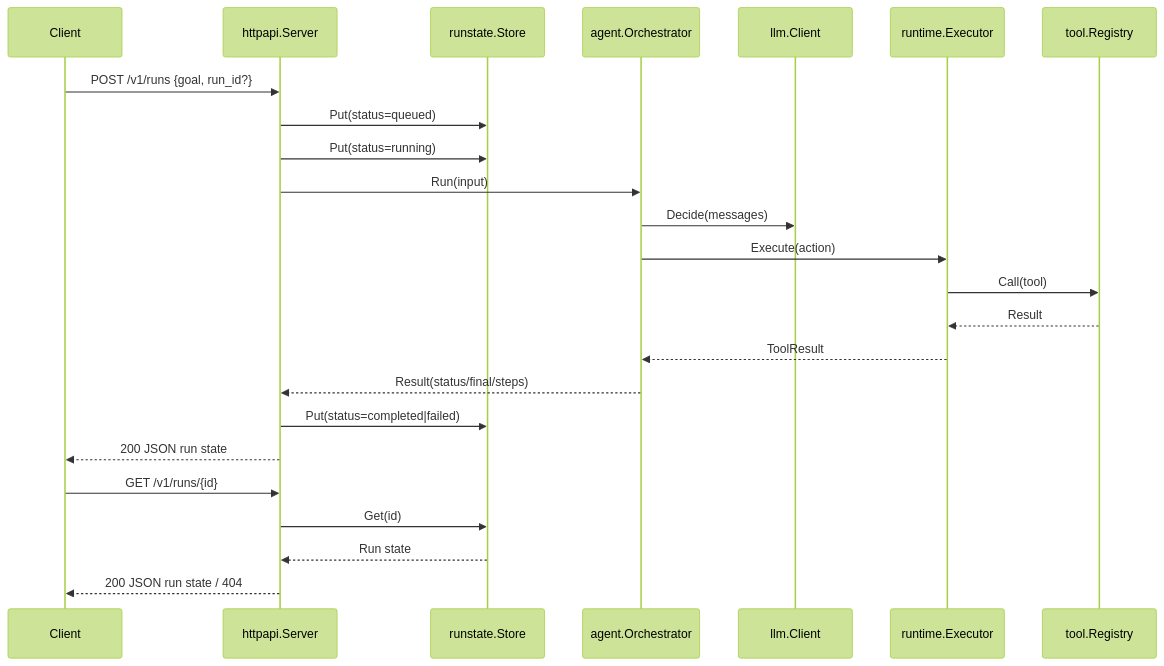
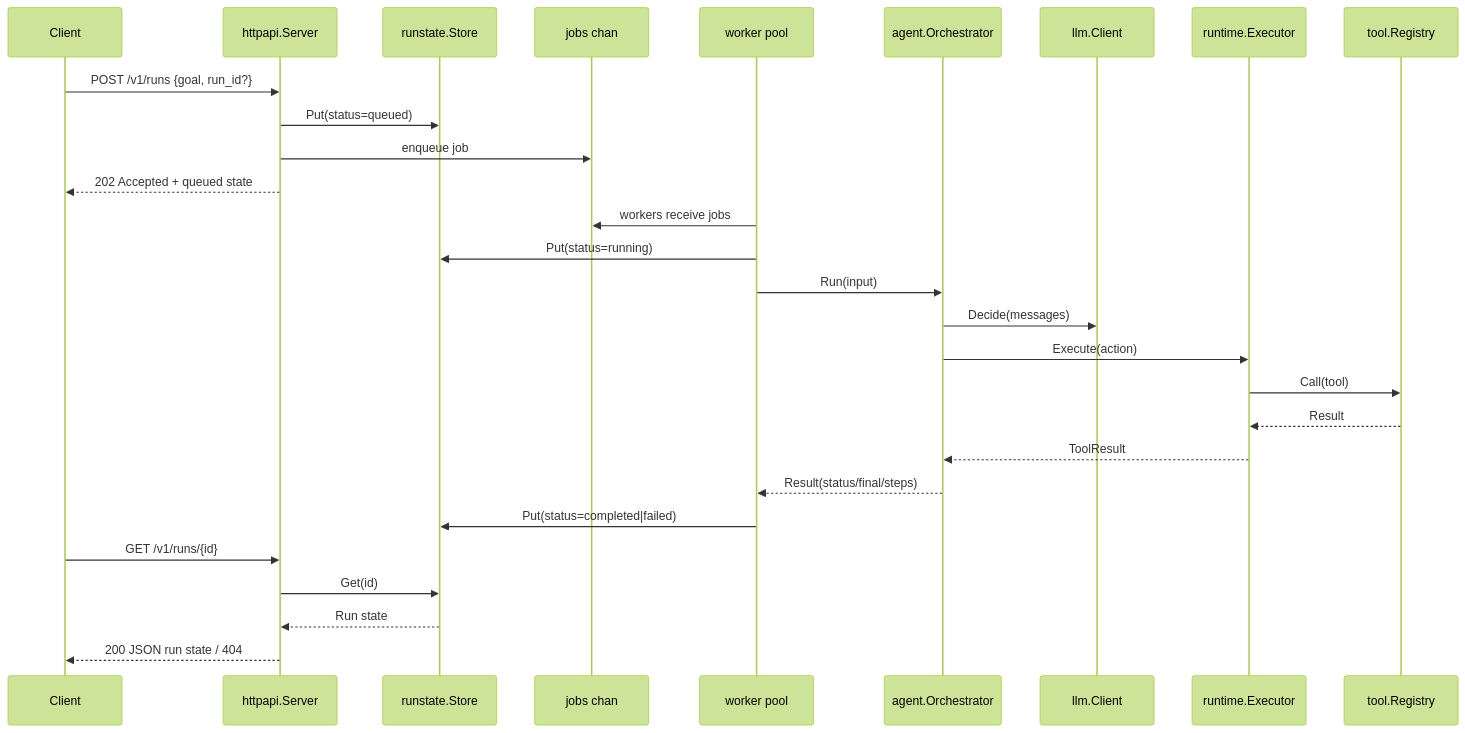
The second of 2 diagrams in docs/architecture.md (blankt/openclaw_go), drawn with Mermaid (forest theme) before and after one commit. The commit also changed other lines of this file and 6 other files, not shown here.

````diff
--- a/docs/architecture.md
+++ b/docs/architecture.md
@@ -22,28 +24,33 @@
 ```mermaid
 sequenceDiagram
     participant Client
     participant API as httpapi.Server
     participant RS as runstate.Store
+    participant Q as jobs chan
+    participant W as worker pool
     participant ORC as agent.Orchestrator
     participant LLM as llm.Client
     participant EX as runtime.Executor
     participant TOOL as tool.Registry
 
     Client->>API: POST /v1/runs {goal, run_id?}
     API->>RS: Put(status=queued)
-    API->>RS: Put(status=running)
-    API->>ORC: Run(input)
+    API->>Q: enqueue job
+    API-->>Client: 202 Accepted + queued state
+
+    W->>Q: workers receive jobs
+    W->>RS: Put(status=running)
+    W->>ORC: Run(input)
     ORC->>LLM: Decide(messages)
     ORC->>EX: Execute(action)
     EX->>TOOL: Call(tool)
     TOOL-->>EX: Result
     EX-->>ORC: ToolResult
-    ORC-->>API: Result(status/final/steps)
-    API->>RS: Put(status=completed|failed)
-    API-->>Client: 200 JSON run state
+    ORC-->>W: Result(status/final/steps)
+    W->>RS: Put(status=completed|failed)
 
     Client->>API: GET /v1/runs/{id}
     API->>RS: Get(id)
     RS-->>API: Run state
     API-->>Client: 200 JSON run state / 404
 ```
````
